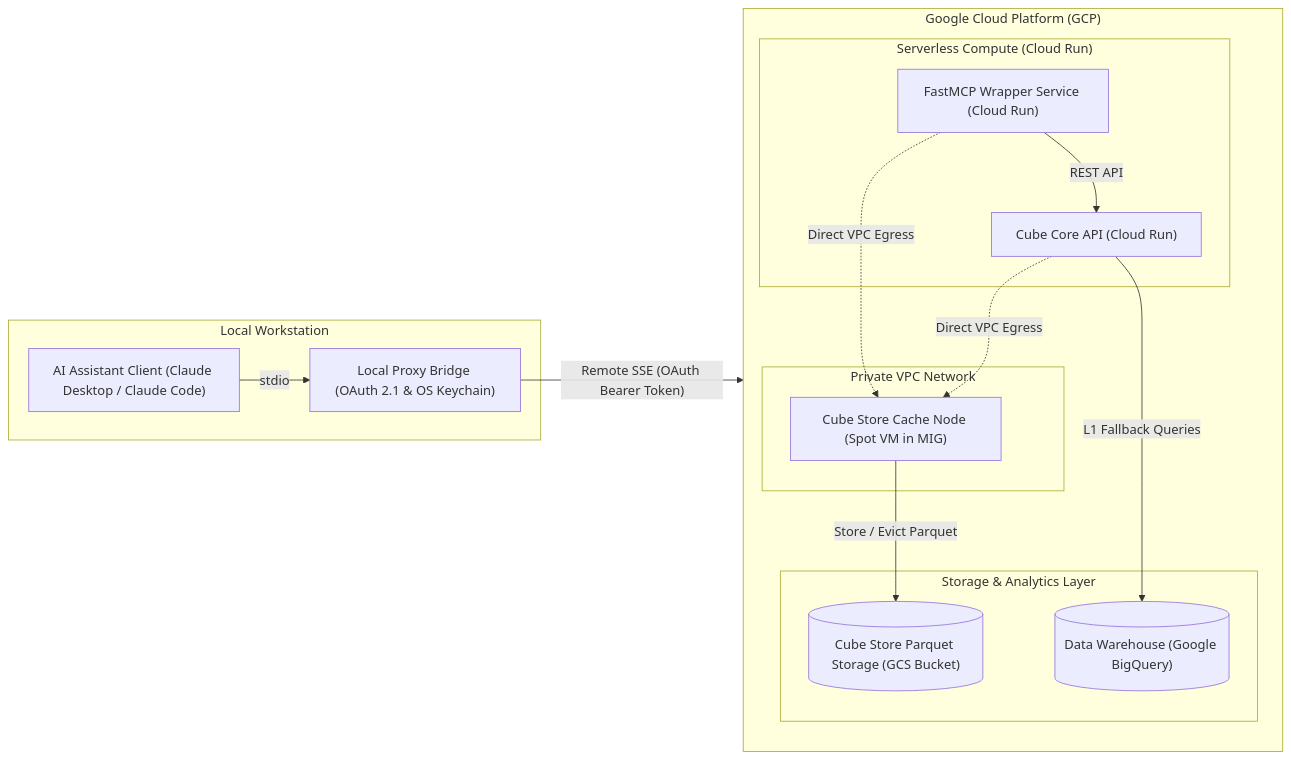
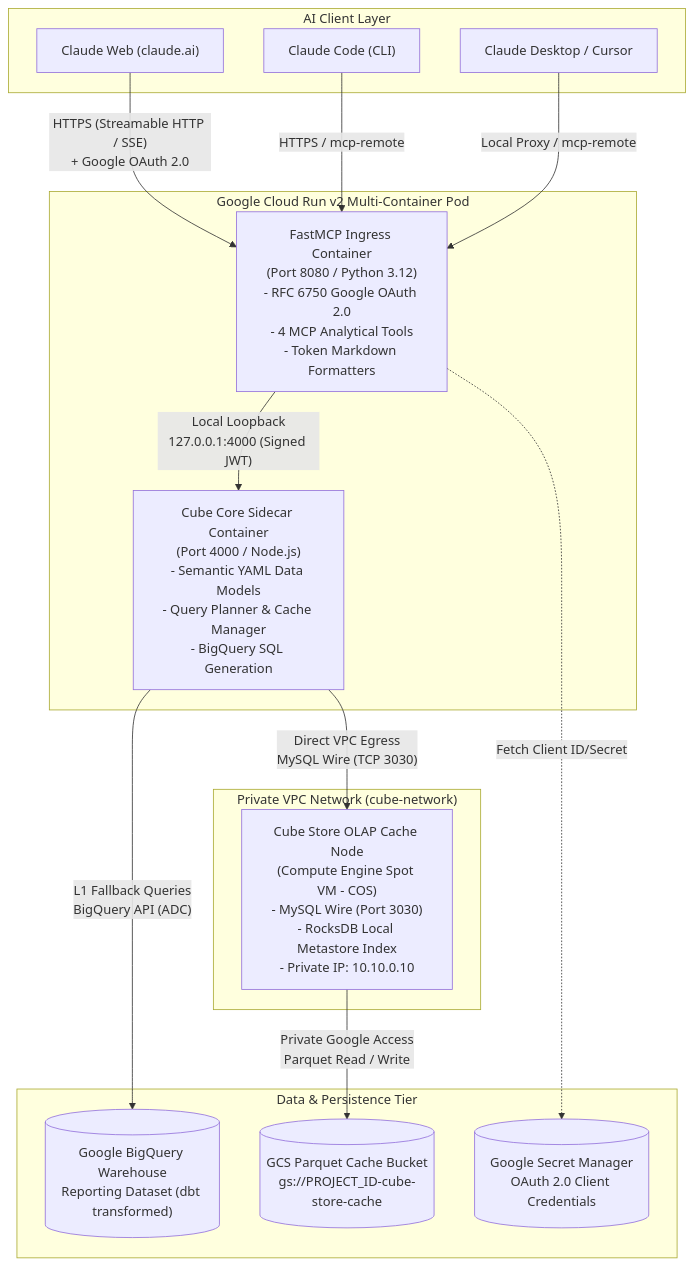
The diagram in README.md (angelontny/cube-core-mcp), drawn with Mermaid before and after one commit. The commit also changed other lines of this file and 1 other file, not shown here.

Commit message:
docs: modernize root README and embed Cube Core dashboard showcase

````diff
--- a/README.md
+++ b/README.md
@@ -9,34 +40,33 @@
 ```mermaid
-flowchart LR
-    subgraph LocalEnv["Local Workstation"]
-        Client["AI Assistant Client (Claude Desktop / Claude Code)"]
-        Bridge["Local Proxy Bridge (OAuth 2.1 & OS Keychain)"]
-        Client -->|"stdio"| Bridge
+flowchart TB
+    subgraph ClientLayer["AI Client Layer"]
+        ClaudeWeb["Claude Web (claude.ai)"]
+        ClaudeCode["Claude Code (CLI)"]
+        ClaudeDesk["Claude Desktop / Cursor"]
     end
 
-    subgraph GCP["Google Cloud Platform (GCP)"]
-        direction TB
-
-        subgraph CloudRun["Serverless Compute (Cloud Run)"]
-            FastMCP["FastMCP Wrapper Service (Cloud Run)"]
-            CubeCore["Cube Core API (Cloud Run)"]
-            FastMCP -->|"REST API"| CubeCore
-        end
-
-        subgraph VPC["Private VPC Network"]
-            SpotVM["Cube Store Cache Node (Spot VM in MIG)"]
-        end
-
-        subgraph Storage["Storage & Analytics Layer"]
-            GCS[("Cube Store Parquet Storage (GCS Bucket)")]
-            BQ[("Data Warehouse (Google BigQuery)")]
-        end
-
-        FastMCP -.->|"Direct VPC Egress"| SpotVM
-        CubeCore -.->|"Direct VPC Egress"| SpotVM
-        CubeCore -->|"L1 Fallback Queries"| BQ
-        SpotVM -->|"Store / Evict Parquet"| GCS
+    subgraph ServerlessPod["Google Cloud Run v2 Multi-Container Pod"]
+        FastMCP["FastMCP Ingress Container<br/>(Port 8080 / Python 3.12)<br/>- RFC 6750 Google OAuth 2.0<br/>- 4 MCP Analytical Tools<br/>- Token Markdown Formatters"]
+        CubeCore["Cube Core Sidecar Container<br/>(Port 4000 / Node.js)<br/>- Semantic YAML Data Models<br/>- Query Planner & Cache Manager<br/>- BigQuery SQL Generation"]
+        FastMCP -->|"Local Loopback<br/>127.0.0.1:4000 (Signed JWT)"| CubeCore
     end
 
-    Bridge -->|"Remote SSE (OAuth Bearer Token)"| FastMCP
+    subgraph PrivateVPC["Private VPC Network (cube-network)"]
+        SpotVM["Cube Store OLAP Cache Node<br/>(Compute Engine Spot VM - COS)<br/>- MySQL Wire (Port 3030)<br/>- RocksDB Local Metastore Index<br/>- Private IP: 10.10.0.10"]
+    end
+
+    subgraph StorageLayer["Data & Persistence Tier"]
+        BQ[("Google BigQuery Warehouse<br/>Reporting Dataset (dbt transformed)")]
+        GCS[("GCS Parquet Cache Bucket<br/>gs://PROJECT_ID-cube-store-cache")]
+        SecretMgr[("Google Secret Manager<br/>OAuth 2.0 Client Credentials")]
+    end
+
+    ClaudeWeb -->|"HTTPS (Streamable HTTP / SSE)<br/>+ Google OAuth 2.0"| FastMCP
+    ClaudeCode -->|"HTTPS / mcp-remote"| FastMCP
+    ClaudeDesk -->|"Local Proxy / mcp-remote"| FastMCP
+
+    FastMCP -.->|"Fetch Client ID/Secret"| SecretMgr
+    CubeCore -->|"Direct VPC Egress<br/>MySQL Wire (TCP 3030)"| SpotVM
+    CubeCore -->|"L1 Fallback Queries<br/>BigQuery API (ADC)"| BQ
+    SpotVM -->|"Private Google Access<br/>Parquet Read / Write"| GCS
 ```
````
